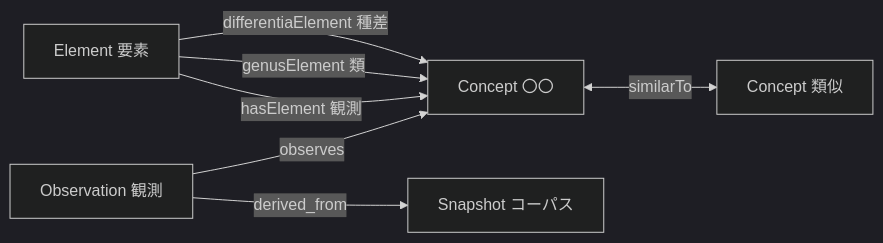
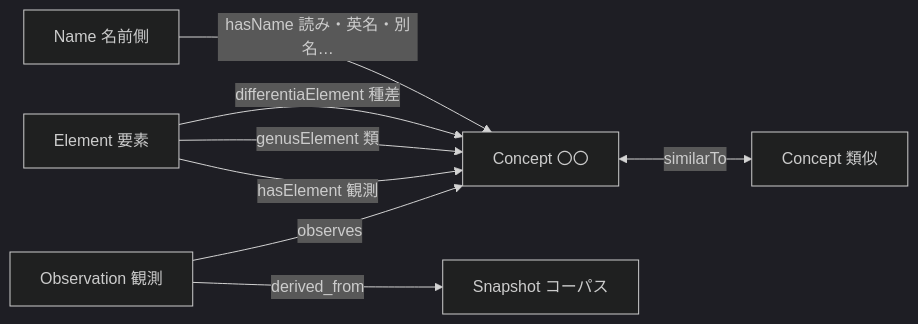
One commit to myon-bioinformatics/OnTautoLogy changed the second of 4 diagrams in README.md. Above: the diagram before and after it, drawn with Mermaid (dark theme). The commit also changed other lines of this file and 5 other files, not shown here.

````diff
--- a/README.md
+++ b/README.md
@@ -156,9 +158,10 @@
 ```mermaid
 flowchart LR
   O[Observation 観測] -->|observes| C[Concept 〇〇]
   O -->|derived_from| N[Snapshot コーパス]
   E[Element 要素] -->|hasElement 観測| C
   E -->|genusElement 類| C
   E -->|differentiaElement 種差| C
+  M[Name 名前側] -->|hasName 読み・英名・別名…| C
   C <-->|similarTo| S[Concept 類似]
 ```
````
